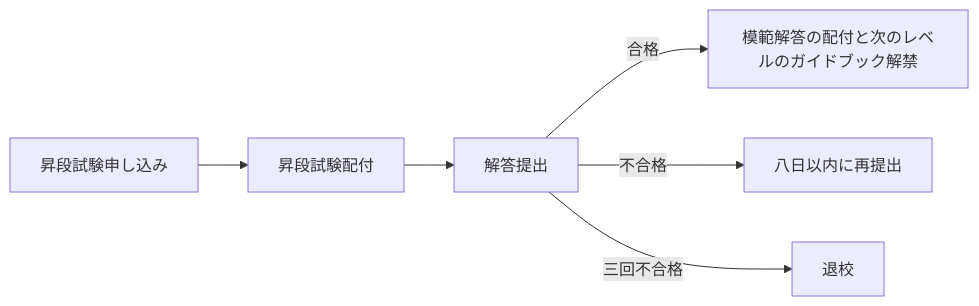
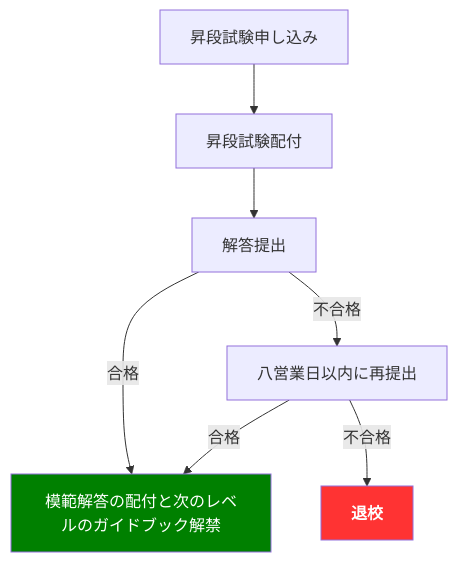
The first of 2 diagrams in book/ux.md (AaronMaywood/WebCoding_Sidebook), drawn with Mermaid before and after one commit. The commit also changed other lines of this file and 9 other files, not shown here.

````diff
--- a/book/ux.md
+++ b/book/ux.md
@@ -83,8 +83,11 @@
 	```{mermaid}
-	flowchart LR
+	flowchart TB
 		昇段試験申し込み --> 昇段試験配付 
 		昇段試験配付 --> 解答提出
 		解答提出 -- 合格 --> 模範解答の配付と次のレベルのガイドブック解禁
-		解答提出 -- 不合格 --> 八日以内に再提出
-		解答提出 -- 三回不合格 --> 退校
+		解答提出 -- 不合格 --> 八営業日以内に再提出
+		八営業日以内に再提出 -- 合格 --> 模範解答の配付と次のレベルのガイドブック解禁
+		八営業日以内に再提出 -- 不合格 --> 退校
+		style 模範解答の配付と次のレベルのガイドブック解禁 fill:green,color:white
+		style 退校 fill:#f33,color:#fff,font-weight:bold
 	```
````
